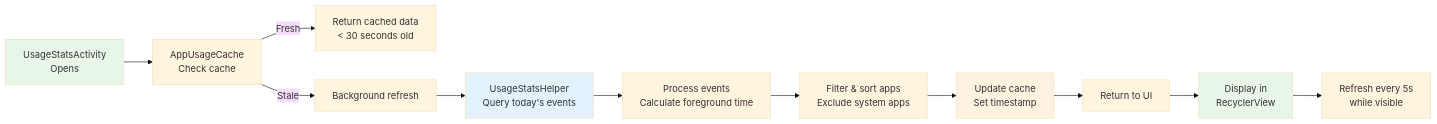
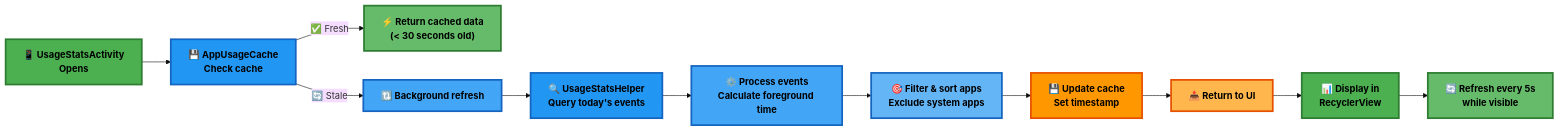
Before and after one commit to kumarpiyushraj/MinST-Minimize-Screen-Time: the seventh of 7 diagrams in README.md, drawn with Mermaid (base theme). The commit also changed other lines of this file, not shown here.

Commit message:
Refactor architecture diagram and styles in README

````diff
--- a/README.md
+++ b/README.md
@@ -618,20 +623,27 @@
 ```mermaid
 graph LR
-    A[UsageStatsActivity<br/>Opens] --> B[AppUsageCache<br/>Check cache]
-    B -->|Fresh| C[Return cached data<br/>< 30 seconds old]
-    B -->|Stale| D[Background refresh]
+    A["📱 UsageStatsActivity<br/>Opens"] --> B["💾 AppUsageCache<br/>Check cache"]
+    B -->|"✅ Fresh"| C["⚡ Return cached data<br/>(< 30 seconds old)"]
+    B -->|"🔄 Stale"| D["🔃 Background refresh"]
     
-    D --> E[UsageStatsHelper<br/>Query today's events]
-    E --> F[Process events<br/>Calculate foreground time]
-    F --> G[Filter & sort apps<br/>Exclude system apps]
-    G --> H[Update cache<br/>Set timestamp]
-    H --> I[Return to UI]
+    D --> E["🔍 UsageStatsHelper<br/>Query today's events"]
+    E --> F["⚙️ Process events<br/>Calculate foreground time"]
+    F --> G["🎯 Filter & sort apps<br/>Exclude system apps"]
+    G --> H["💾 Update cache<br/>Set timestamp"]
+    H --> I["📤 Return to UI"]
     
-    I --> J[Display in<br/>RecyclerView]
-    J --> K[Refresh every 5s<br/>while visible]
+    I --> J["📊 Display in<br/>RecyclerView"]
+    J --> K["🔄 Refresh every 5s<br/>while visible"]
     
-    style A fill:#E8F5E9
-    style J fill:#E8F5E9
-    style H fill:#FFF3E0
-    style E fill:#E3F2FD
+    style A fill:#4CAF50,stroke:#2E7D32,stroke-width:3px,color:#000,font-weight:bold
+    style B fill:#2196F3,stroke:#1565C0,stroke-width:3px,color:#000,font-weight:bold
+    style C fill:#66BB6A,stroke:#2E7D32,stroke-width:3px,color:#000,font-weight:bold
+    style D fill:#42A5F5,stroke:#1565C0,stroke-width:3px,color:#000,font-weight:bold
+    style E fill:#2196F3,stroke:#1565C0,stroke-width:3px,color:#000,font-weight:bold
+    style F fill:#42A5F5,stroke:#1565C0,stroke-width:3px,color:#000,font-weight:bold
+    style G fill:#64B5F6,stroke:#1565C0,stroke-width:3px,color:#000,font-weight:bold
+    style H fill:#FF9800,stroke:#E65100,stroke-width:3px,color:#000,font-weight:bold
+    style I fill:#FFB74D,stroke:#E65100,stroke-width:3px,color:#000,font-weight:bold
+    style J fill:#4CAF50,stroke:#2E7D32,stroke-width:3px,color:#000,font-weight:bold
+    style K fill:#66BB6A,stroke:#2E7D32,stroke-width:3px,color:#000,font-weight:bold
 ```
````
